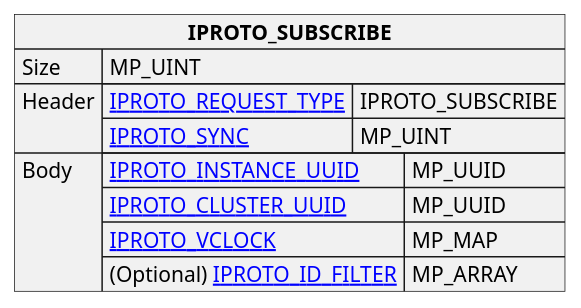
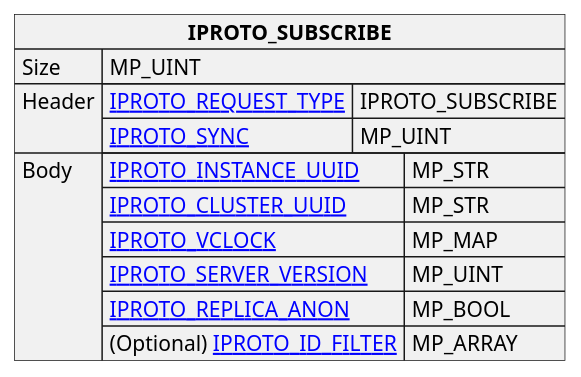
One commit to tarantool/doc changed the diagram in doc/dev_guide/internals/iproto/images/repl_subscribe_request.puml. Above: the diagram before and after it, drawn with PlantUML. The commit also changed 7 other files, not shown here.

```diff
--- a/doc/dev_guide/internals/iproto/images/repl_subscribe_request.puml
+++ b/doc/dev_guide/internals/iproto/images/repl_subscribe_request.puml
@@ -1,24 +1,26 @@
 @startuml
 
 skinparam map {
     HyperlinkColor #0077FF
     FontColor #313131
     BorderColor #313131
     BackgroundColor transparent
 }
 
 json "**IPROTO_SUBSCRIBE**" as subscribe_request {
     "Size": "MP_UINT",
     "Header": {
       "[[https://tarantool.io/en/doc/latest/dev_guide/internals/iproto/keys IPROTO_REQUEST_TYPE]]": "IPROTO_SUBSCRIBE",
       "[[https://tarantool.io/en/doc/latest/dev_guide/internals/iproto/keys IPROTO_SYNC]]": "MP_UINT"
     },
     "Body": {
-      "[[https://tarantool.io/en/doc/latest/dev_guide/internals/iproto/keys IPROTO_INSTANCE_UUID]]": "MP_UUID",
-      "[[https://tarantool.io/en/doc/latest/dev_guide/internals/iproto/keys IPROTO_CLUSTER_UUID]]": "MP_UUID",
+      "[[https://tarantool.io/en/doc/latest/dev_guide/internals/iproto/keys IPROTO_INSTANCE_UUID]]": "MP_STR",
+      "[[https://tarantool.io/en/doc/latest/dev_guide/internals/iproto/keys IPROTO_CLUSTER_UUID]]": "MP_STR",
       "[[https://tarantool.io/en/doc/latest/dev_guide/internals/iproto/keys IPROTO_VCLOCK]]": "MP_MAP",
+      "[[https://tarantool.io/en/doc/latest/dev_guide/internals/iproto/keys IPROTO_SERVER_VERSION]]": "MP_UINT",
+      "[[https://tarantool.io/en/doc/latest/dev_guide/internals/iproto/keys IPROTO_REPLICA_ANON]]": "MP_BOOL",
       "(Optional) [[https://tarantool.io/en/doc/latest/dev_guide/internals/iproto/keys IPROTO_ID_FILTER]]": "MP_ARRAY"
     }
 }
 
 @enduml
```
